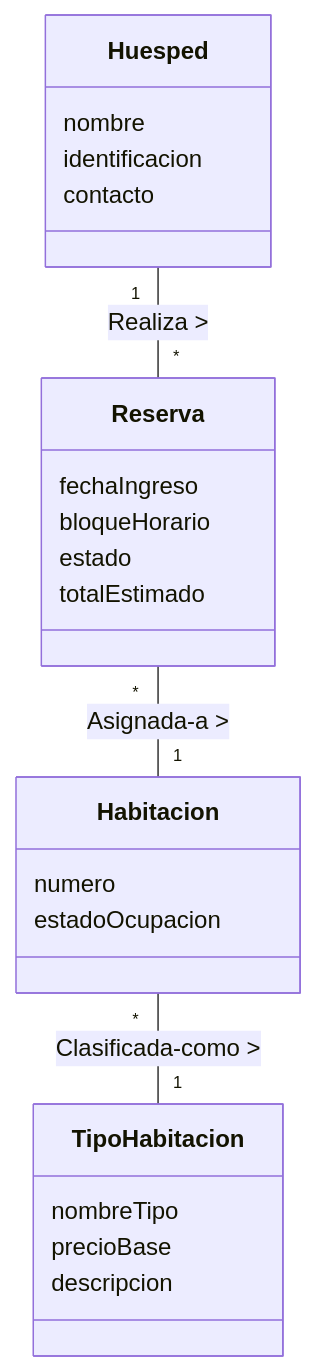
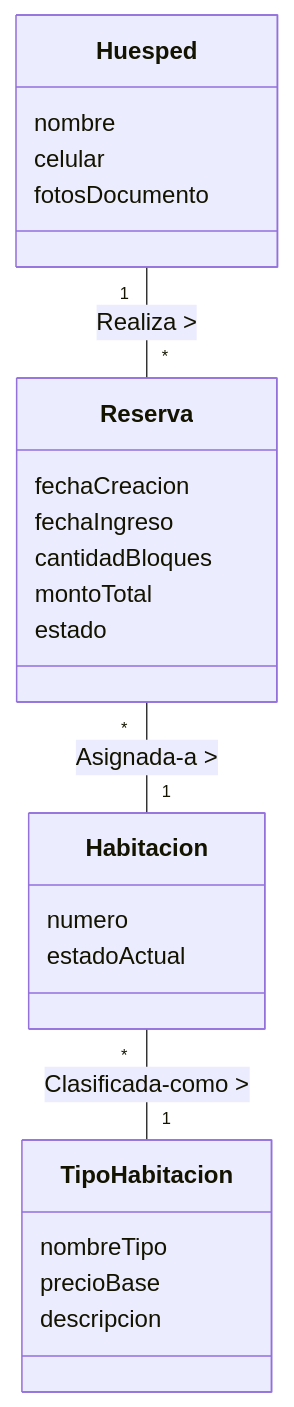
The diagram in 01_Modelado_Negocio/ModeloDominio.mmd (Tsmrain/GestionSistemas), drawn with Mermaid before and after one commit. The commit also changed 30 other files, not shown here.

Commit message:
Refactor: Sincronización estricta con diagramas Larman, eliminación de deuda técnica y brecha de representación cero

```diff
--- a/01_Modelado_Negocio/ModeloDominio.mmd
+++ b/01_Modelado_Negocio/ModeloDominio.mmd
@@ -1,25 +1,26 @@
 classDiagram
     direction TB
     class Huesped {
         nombre
-        identificacion
-        contacto
+        celular
+        fotosDocumento
     }
     class Reserva {
+        fechaCreacion
         fechaIngreso
-        bloqueHorario
+        cantidadBloques
+        montoTotal
         estado
-        totalEstimado
     }
     class Habitacion {
         numero
-        estadoOcupacion
+        estadoActual
     }
     class TipoHabitacion {
         nombreTipo
         precioBase
         descripcion
     }
     Huesped "1" -- "*" Reserva : Realiza >
     Reserva "*" -- "1" Habitacion : Asignada-a >
     Habitacion "*" -- "1" TipoHabitacion : Clasificada-como >
```
